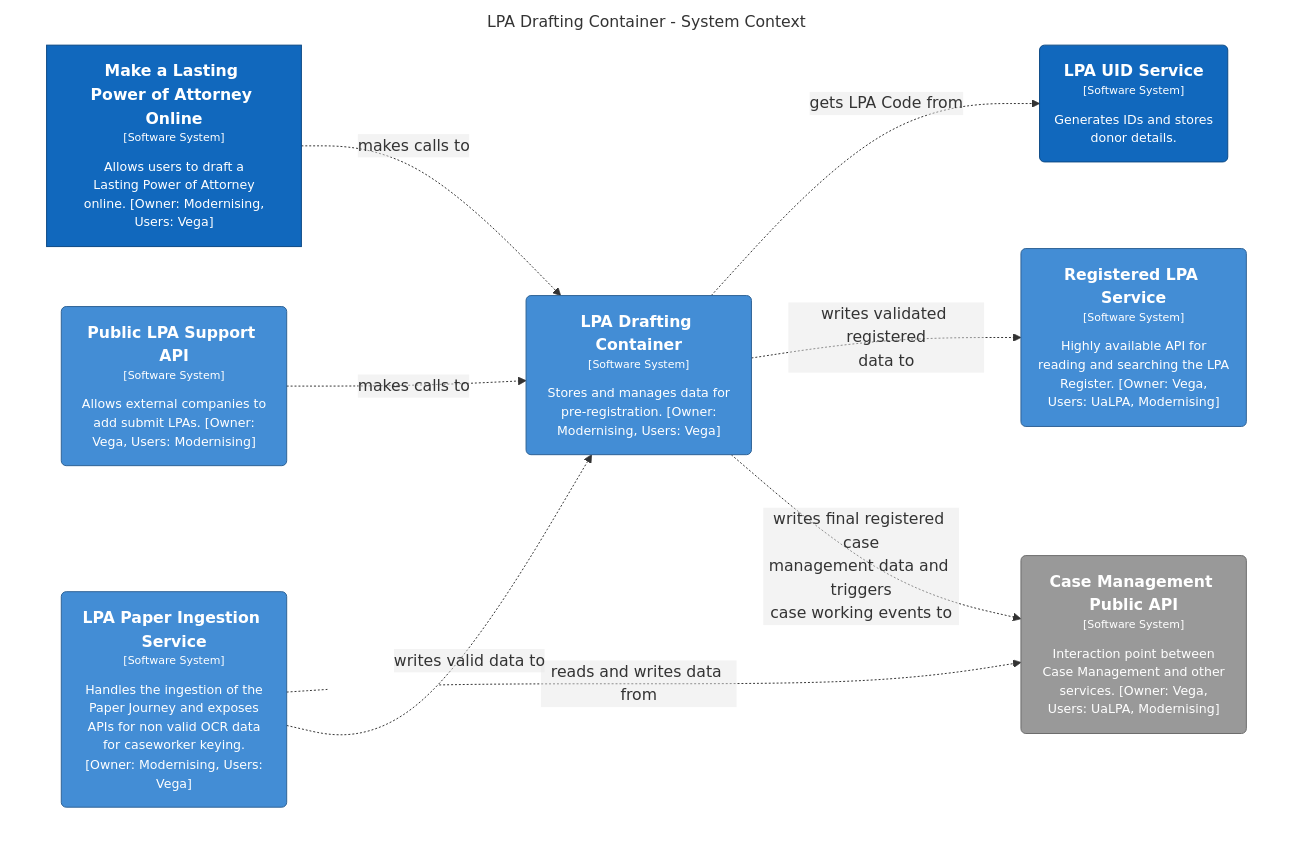
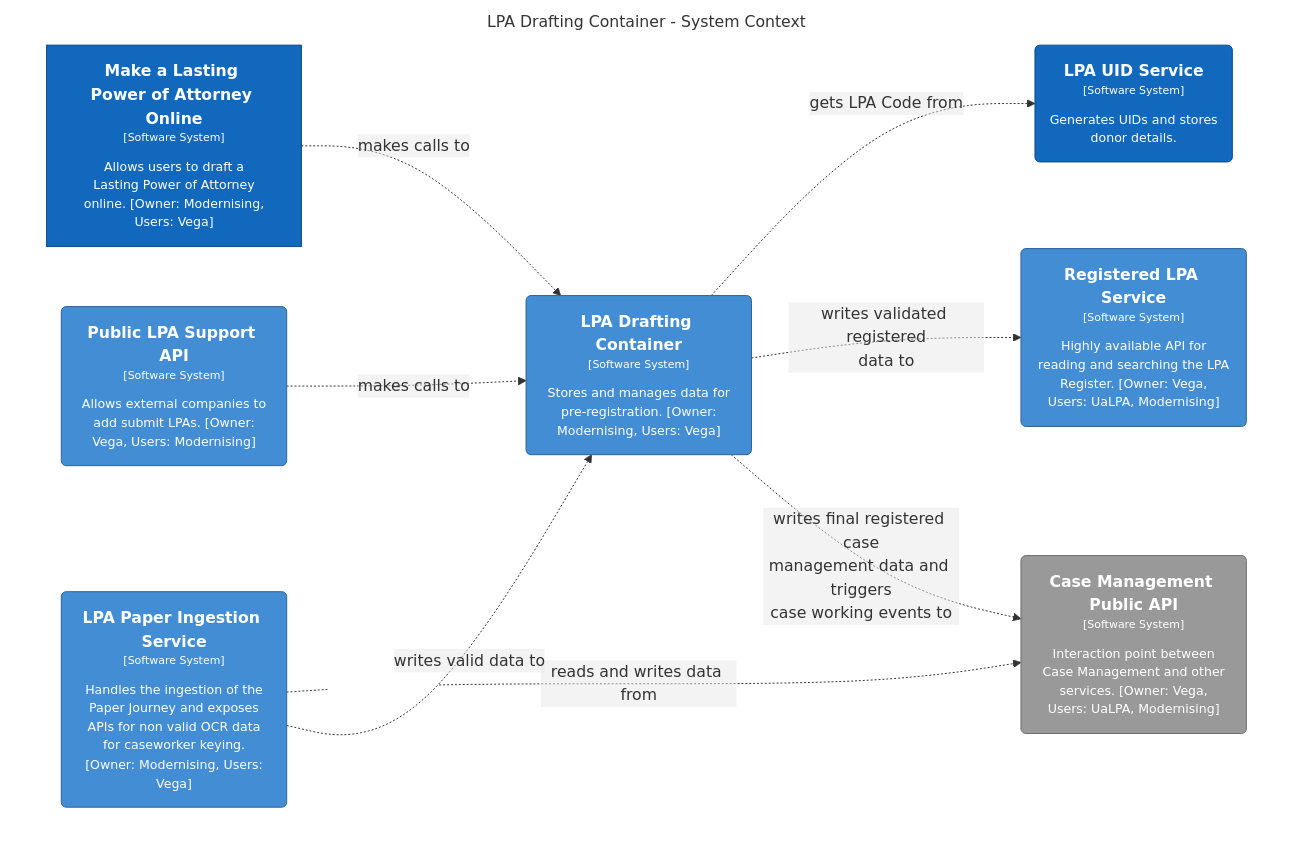
The diagram in dsl/poas/structurizr-mlpaDraftingService.mmd (ministryofjustice/opg-technical-guidance), drawn with Mermaid before and after one commit. The commit also changed 15 other files, not shown here.

```diff
--- a/dsl/poas/structurizr-mlpaDraftingService.mmd
+++ b/dsl/poas/structurizr-mlpaDraftingService.mmd
@@ -1,29 +1,29 @@
 graph TB
   linkStyle default fill:#ffffff
 
   subgraph diagram [LPA Drafting Container - System Context]
     style diagram fill:#ffffff,stroke:#ffffff
 
-    1("<div style='font-weight: bold'>LPA UID Service</div><div style='font-size: 70%; margin-top: 0px'>[Software System]</div><div style='font-size: 80%; margin-top:10px'>Generates IDs and stores<br />donor details.</div>")
+    1("<div style='font-weight: bold'>LPA UID Service</div><div style='font-size: 70%; margin-top: 0px'>[Software System]</div><div style='font-size: 80%; margin-top:10px'>Generates UIDs and stores<br />donor details.</div>")
     style 1 fill:#1168bd,stroke:#0b4884,color:#ffffff
     16["<div style='font-weight: bold'>Make a Lasting Power of Attorney Online</div><div style='font-size: 70%; margin-top: 0px'>[Software System]</div><div style='font-size: 80%; margin-top:10px'>Allows users to draft a<br />Lasting Power of Attorney<br />online. [Owner: Modernising,<br />Users: Vega]</div>"]
     style 16 fill:#1168bd,stroke:#0b4884,color:#ffffff
     26("<div style='font-weight: bold'>Case Management Public API</div><div style='font-size: 70%; margin-top: 0px'>[Software System]</div><div style='font-size: 80%; margin-top:10px'>Interaction point between<br />Case Management and other<br />services. [Owner: Vega,<br />Users: UaLPA, Modernising]</div>")
     style 26 fill:#999999,stroke:#6b6b6b,color:#ffffff
     27("<div style='font-weight: bold'>Registered LPA Service</div><div style='font-size: 70%; margin-top: 0px'>[Software System]</div><div style='font-size: 80%; margin-top:10px'>Highly available API for<br />reading and searching the LPA<br />Register. [Owner: Vega,<br />Users: UaLPA, Modernising]</div>")
     style 27 fill:#438dd5,stroke:#2e6295,color:#ffffff
     32("<div style='font-weight: bold'>LPA Drafting Container</div><div style='font-size: 70%; margin-top: 0px'>[Software System]</div><div style='font-size: 80%; margin-top:10px'>Stores and manages data for<br />pre-registration. [Owner:<br />Modernising, Users: Vega]</div>")
     style 32 fill:#438dd5,stroke:#2e6295,color:#ffffff
     52("<div style='font-weight: bold'>Public LPA Support API</div><div style='font-size: 70%; margin-top: 0px'>[Software System]</div><div style='font-size: 80%; margin-top:10px'>Allows external companies to<br />add submit LPAs. [Owner:<br />Vega, Users: Modernising]</div>")
     style 52 fill:#438dd5,stroke:#2e6295,color:#ffffff
     56("<div style='font-weight: bold'>LPA Paper Ingestion Service</div><div style='font-size: 70%; margin-top: 0px'>[Software System]</div><div style='font-size: 80%; margin-top:10px'>Handles the ingestion of the<br />Paper Journey and exposes<br />APIs for non valid OCR data<br />for caseworker keying.<br />[Owner: Modernising, Users:<br />Vega]</div>")
     style 56 fill:#438dd5,stroke:#2e6295,color:#ffffff
 
     32-. "<div>gets LPA Code from</div><div style='font-size: 70%'></div>" .->1
     32-. "<div>writes validated registered<br />data to</div><div style='font-size: 70%'></div>" .->27
     32-. "<div>writes final registered case<br />management data and triggers<br />case working events to</div><div style='font-size: 70%'></div>" .->26
     52-. "<div>makes calls to</div><div style='font-size: 70%'></div>" .->32
     56-. "<div>reads and writes data from</div><div style='font-size: 70%'></div>" .->26
     56-. "<div>writes valid data to</div><div style='font-size: 70%'></div>" .->32
     16-. "<div>makes calls to</div><div style='font-size: 70%'></div>" .->32
   end
```
